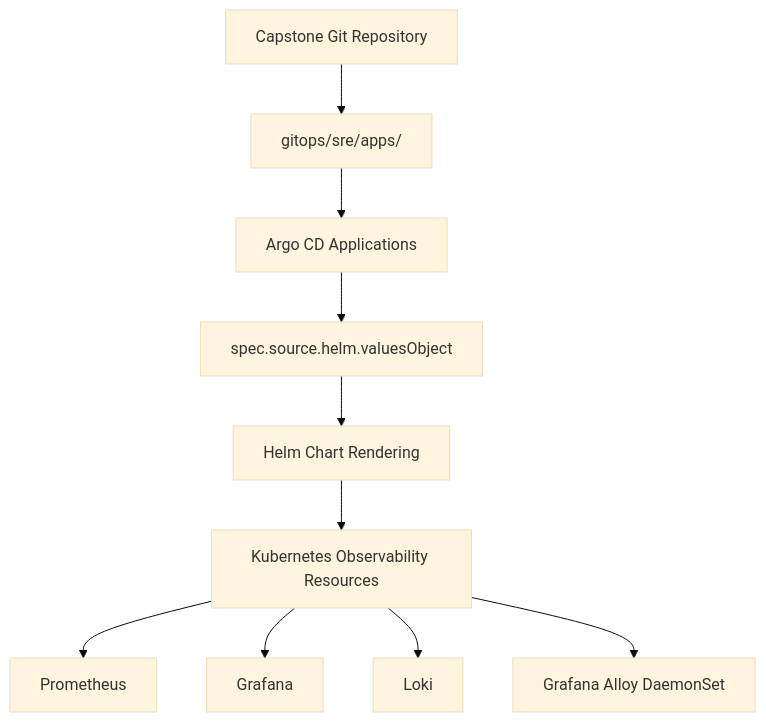
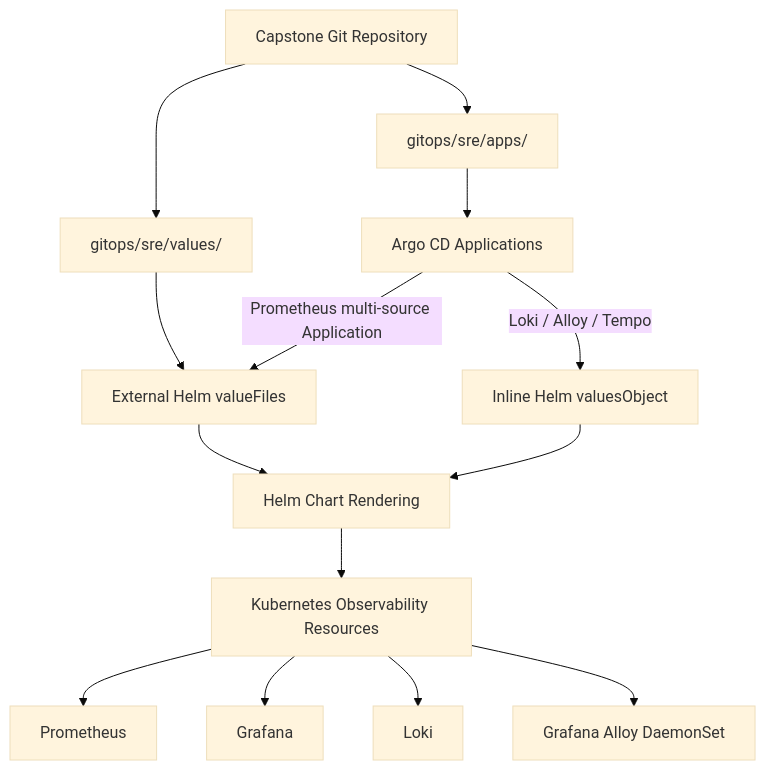
The first of 3 diagrams in gitops/sre/reference/helm/README.md (eugenewongyj/cloud-ntu-capstone-group2-infra), drawn with Mermaid (base theme) before and after one commit. The commit also changed other lines of this file and 5 other files, not shown here.

Commit message:
refactor(sre): separate Prometheus Helm values from Argo CD apps

````diff
--- a/gitops/sre/reference/helm/README.md
+++ b/gitops/sre/reference/helm/README.md
@@ -24,13 +24,20 @@
 ```mermaid
 flowchart TB
     G["Capstone Git Repository"] --> A["gitops/sre/apps/"]
     A --> CD["Argo CD Applications"]
-    CD --> V["spec.source.helm.valuesObject"]
-    V --> H["Helm Chart Rendering"]
+
+    G --> EXT["gitops/sre/values/"]
+    EXT --> VF["External Helm valueFiles"]
+    CD -->|"Prometheus multi-source Application"| VF
+
+    CD -->|"Loki / Alloy / Tempo"| VO["Inline Helm valuesObject"]
+
+    VF --> H["Helm Chart Rendering"]
+    VO --> H
     H --> K["Kubernetes Observability Resources"]
 
     K --> P["Prometheus"]
     K --> GF["Grafana"]
     K --> L["Loki"]
     K --> AL["Grafana Alloy DaemonSet"]
 ```
````
